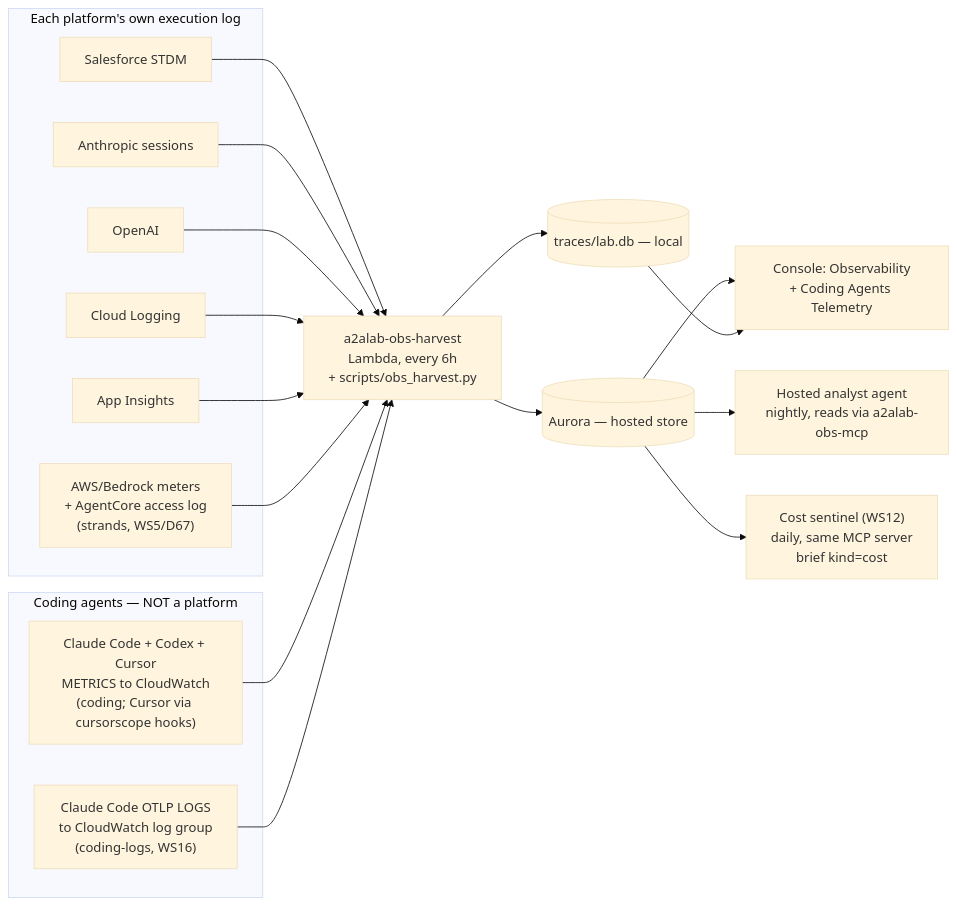
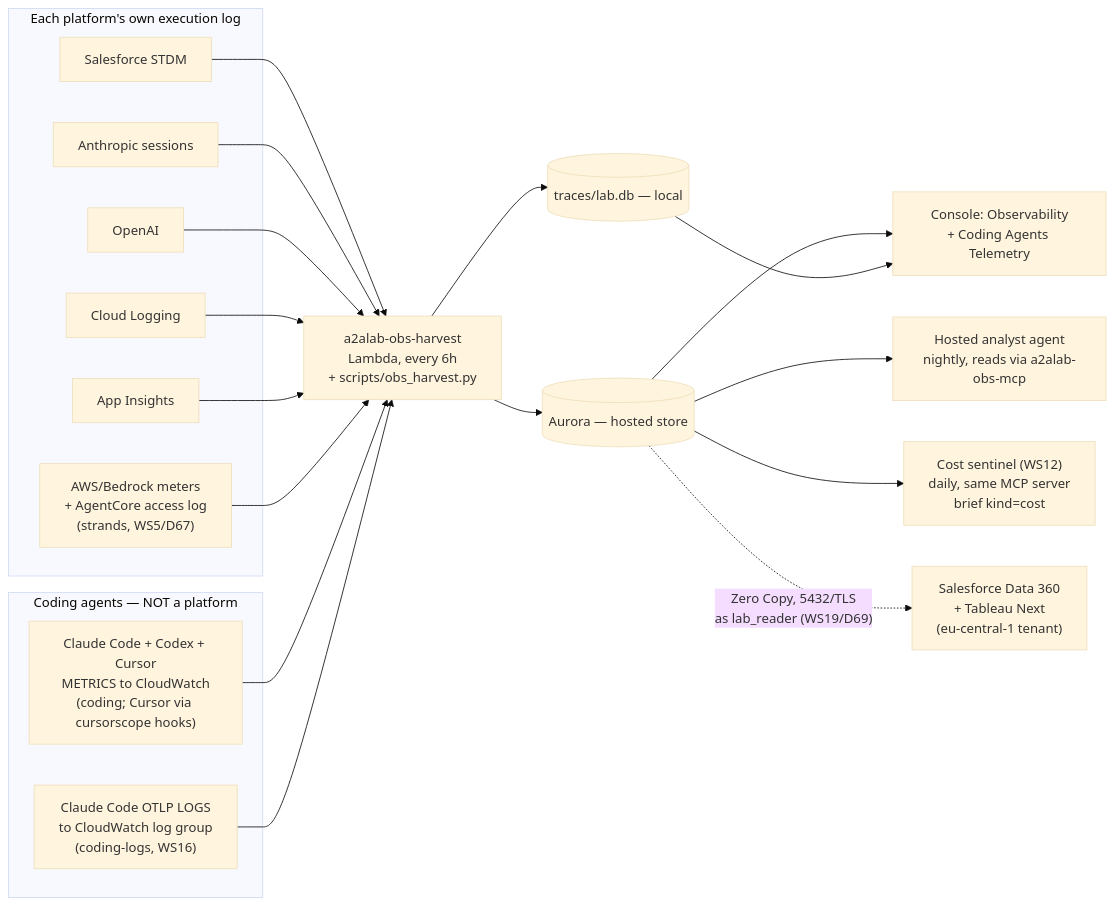
Before and after one commit to congmingwudi/a2a-lab: the seventh of 11 diagrams in plan/09-deployment-map.md, drawn with Mermaid (base theme). The commit also changed other lines of this file and 48 other files, not shown here.

First line of the commit message:
WS19: Data Cloud/Tableau Next observability + windowless trace lookup

````diff
--- a/plan/09-deployment-map.md
+++ b/plan/09-deployment-map.md
@@ -559,30 +565,31 @@
 ```mermaid
 flowchart LR
   subgraph SRC["Each platform's own execution log"]
     S1["Salesforce STDM"]
     S2["Anthropic sessions"]
     S3["OpenAI"]
     S4["Cloud Logging"]
     S5["App Insights"]
     S8["AWS/Bedrock meters<br/>+ AgentCore access log<br/>(strands, WS5/D67)"]
   end
   subgraph CODE["Coding agents — NOT a platform"]
     S6["Claude Code + Codex + Cursor<br/>METRICS to CloudWatch<br/>(coding; Cursor via cursorscope hooks)"]
     S7["Claude Code OTLP LOGS<br/>to CloudWatch log group<br/>(coding-logs, WS16)"]
   end
   HARV2["a2alab-obs-harvest<br/>Lambda, every 6h<br/>+ scripts/obs_harvest.py"]
   S1 --> HARV2
   S2 --> HARV2
   S3 --> HARV2
   S4 --> HARV2
   S5 --> HARV2
   S8 --> HARV2
   S6 --> HARV2
   S7 --> HARV2
   HARV2 --> PG[("Aurora — hosted store")]
   HARV2 --> LITE[("traces/lab.db — local")]
   PG --> CONSOLE["Console: Observability<br/>+ Coding Agents Telemetry"]
   LITE --> CONSOLE
   PG --> ANALYST["Hosted analyst agent<br/>nightly, reads via a2alab-obs-mcp"]
   PG --> SENT["Cost sentinel (WS12)<br/>daily, same MCP server<br/>brief kind=cost"]
+  PG -. "Zero Copy, 5432/TLS<br/>as lab_reader (WS19/D69)" .-> DC["Salesforce Data 360<br/>+ Tableau Next<br/>(eu-central-1 tenant)"]
 ```
````
